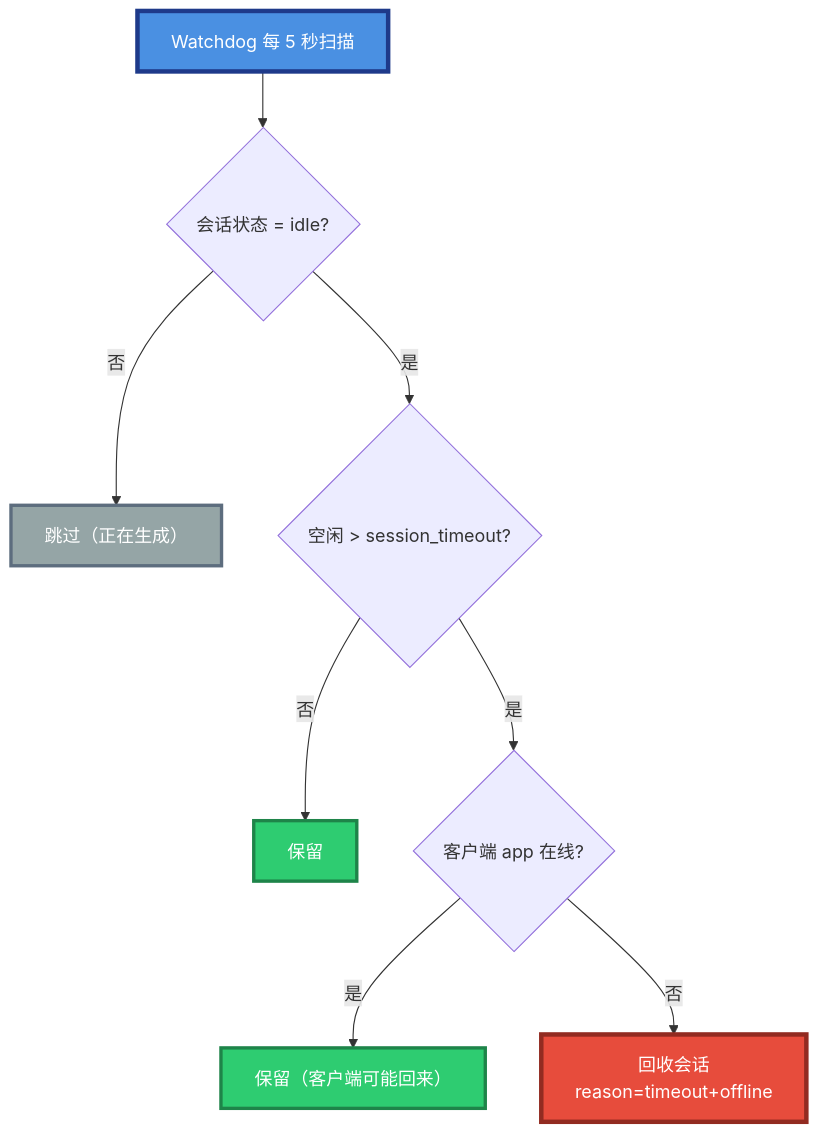
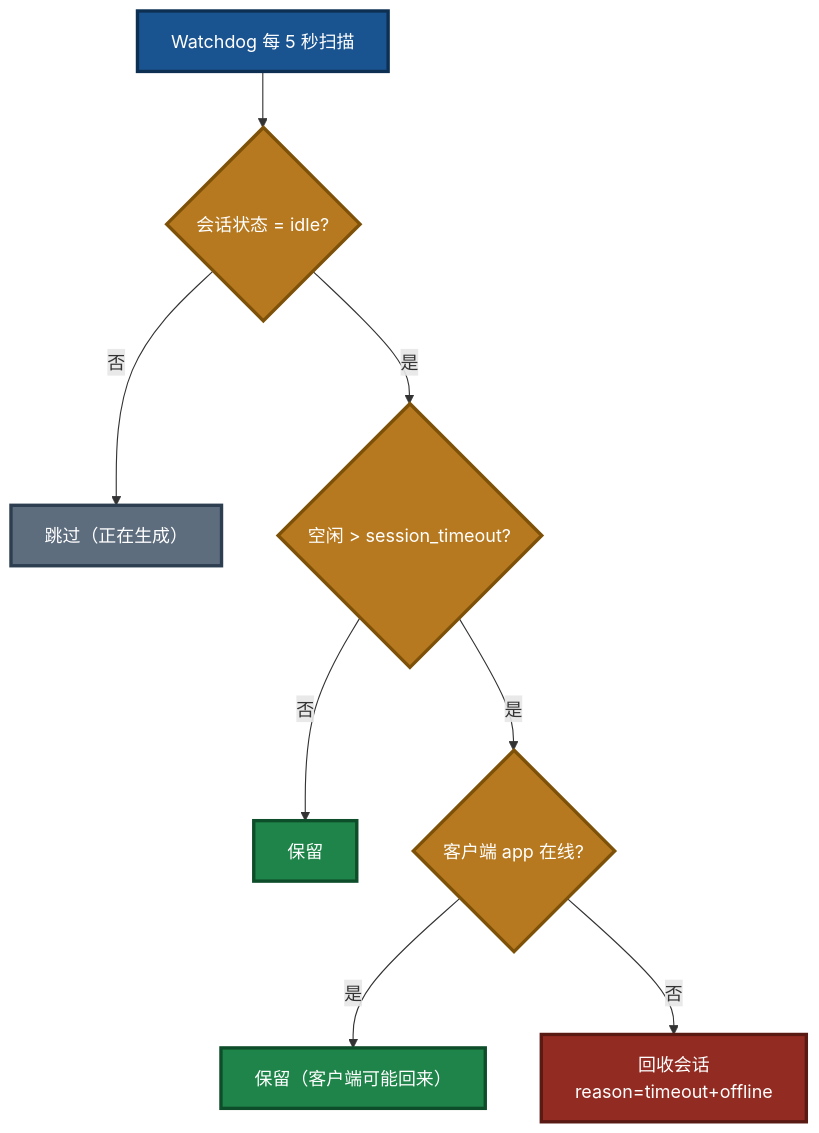
Before and after one commit to PassByYou888/LingoFuse-pasAgent: the tenth of 28 diagrams in src/llm-service/LingoFuse_LLM_Ecosystem_User_Guide.md, drawn with Mermaid. The commit also changed other lines of this file, not shown here.

````diff
--- a/src/llm-service/LingoFuse_LLM_Ecosystem_User_Guide.md
+++ b/src/llm-service/LingoFuse_LLM_Ecosystem_User_Guide.md
@@ -281,16 +340,19 @@
 ```mermaid
 flowchart TD
     START["Watchdog 每 5 秒扫描"] --> C1{"会话状态 = idle?"}
     C1 -->|否| SKIP["跳过（正在生成）"]
     C1 -->|是| C2{"空闲 > session_timeout?"}
     C2 -->|否| KEEP["保留"]
     C2 -->|是| C3{"客户端 app 在线?"}
     C3 -->|是| KEEP2["保留（客户端可能回来）"]
     C3 -->|否| CLOSE["回收会话<br/>reason=timeout+offline"]
 
-    style START fill:#4A90E2,stroke:#1E3A8A,stroke-width:4px,color:#FFFFFF
-    style SKIP fill:#95A5A6,stroke:#5D6D7E,stroke-width:3px,color:#FFFFFF
-    style KEEP fill:#2ECC71,stroke:#1E8449,stroke-width:3px,color:#FFFFFF
-    style KEEP2 fill:#2ECC71,stroke:#1E8449,stroke-width:3px,color:#FFFFFF
-    style CLOSE fill:#E74C3C,stroke:#922B21,stroke-width:4px,color:#FFFFFF
+    style START fill:#1A5490,stroke:#0D2F52,stroke-width:3px,color:#FFFFFF
+    style C1 fill:#B7791F,stroke:#7E5109,stroke-width:3px,color:#FFFFFF
+    style C2 fill:#B7791F,stroke:#7E5109,stroke-width:3px,color:#FFFFFF
+    style C3 fill:#B7791F,stroke:#7E5109,stroke-width:3px,color:#FFFFFF
+    style SKIP fill:#5D6D7E,stroke:#2C3E50,stroke-width:3px,color:#FFFFFF
+    style KEEP fill:#1E8449,stroke:#0E4D2A,stroke-width:3px,color:#FFFFFF
+    style KEEP2 fill:#1E8449,stroke:#0E4D2A,stroke-width:3px,color:#FFFFFF
+    style CLOSE fill:#922B21,stroke:#5A1A14,stroke-width:3px,color:#FFFFFF
 ```
````
